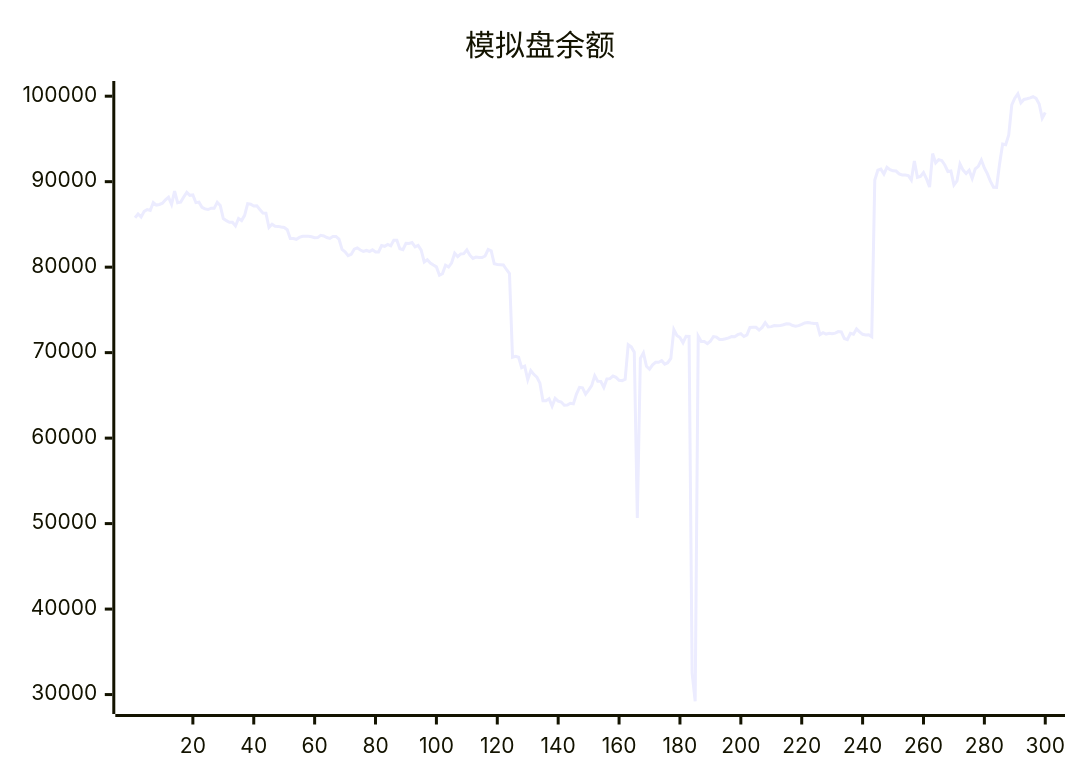
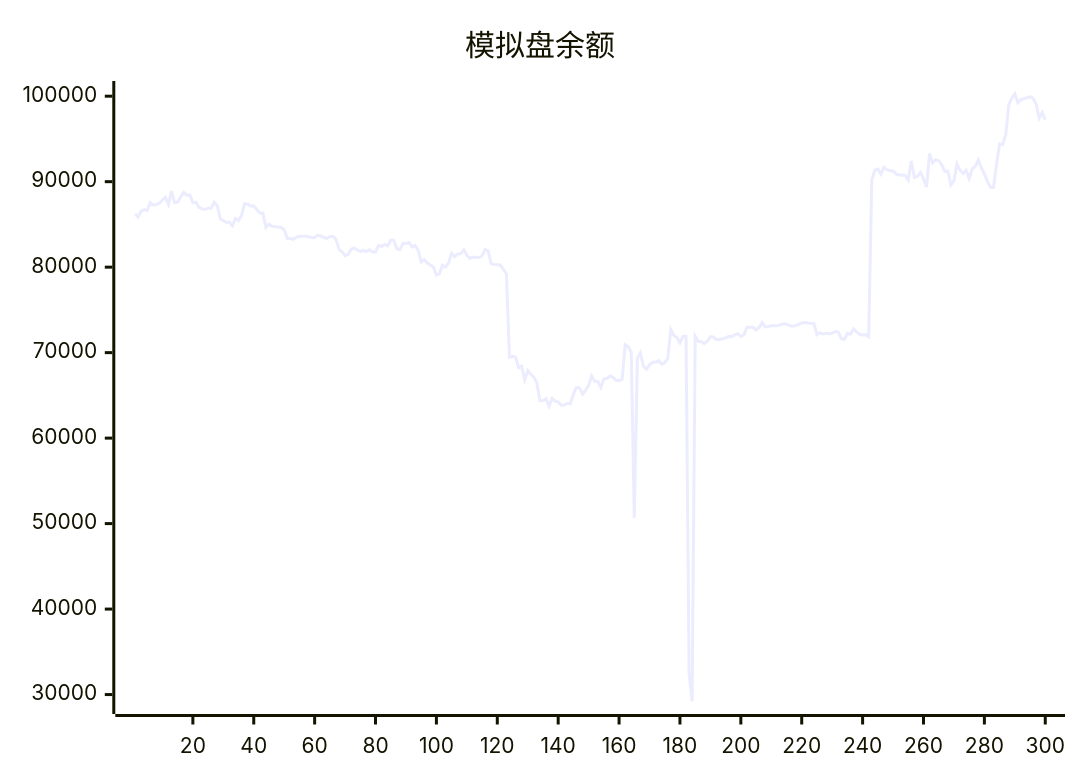
The diagram in README.md (aahl/ai-trading), drawn with Mermaid before and after one commit. The commit also changed other lines of this file and 1 other file, not shown here.

````diff
--- a/README.md
+++ b/README.md
@@ -5,5 +5,5 @@
 ```mermaid
 xychart
     title "模拟盘余额"
-    line [85787,86219,85859,86526,86740,86630,87563,87264,87335,87483,87886,88180,87335,88894,87544,87608,88207,88755,88401,88444,87543,87608,87000,86810,86740,86894,86884,87576,87209,85686,85435,85251,85255,84820,85689,85453,86066,87420,87373,87161,87178,86740,86341,86315,84643,85012,84772,84768,84690,84635,84376,83360,83357,83259,83474,83608,83606,83602,83548,83440,83454,83724,83644,83464,83365,83590,83592,83275,82072,81806,81344,81492,82109,82254,82006,81848,81955,81829,82022,81769,81776,82522,82441,82656,82498,83144,83144,82150,82038,82797,82763,82872,82367,82536,81981,80612,80862,80484,80242,80034,79063,79245,80226,80016,80507,81625,81233,81544,81578,82016,81401,81019,81186,81130,81118,81306,82066,81909,80392,80304,80291,80258,79729,79261,69466,69579,69456,68251,68415,66832,67911,67462,67144,66432,64380,64375,64606,63740,64647,64324,64216,63842,63877,64078,64008,65156,65945,65888,65157,65625,66144,67284,66653,66639,65924,66925,66956,67263,67108,66766,66729,66886,70927,70673,70049,50652,69334,69973,68400,68061,68578,68876,68879,69055,68662,68822,69329,72687,71999,71760,71162,71911,71896,32500,29218,71927,71297,71305,71044,71337,71883,71822,71536,71536,71622,71723,71880,71860,72100,72216,71887,72077,72940,72976,72966,72638,72948,73497,73004,73041,73173,73160,73186,73258,73375,73351,73173,73098,73161,73305,73474,73536,73457,73413,73412,72100,72333,72164,72272,72204,72285,72461,72421,71652,71521,72267,72157,72774,72424,72144,72060,72091,71858,90185,91338,91466,90900,91678,91404,91268,91244,90903,90779,90787,90721,90187,92429,90518,90619,91070,90328,89376,93286,92202,92581,92485,91947,91196,91259,89619,90086,92063,91355,90950,91327,90373,91498,91800,92531,91603,90910,90031,89351,89334,92097,94406,94315,95455,98972,99763,100286,99229,99622,99701,99805,99938,99738,99082,97430,98094]
+    line [86219,85859,86526,86740,86630,87563,87264,87335,87483,87886,88180,87335,88894,87544,87608,88207,88755,88401,88444,87543,87608,87000,86810,86740,86894,86884,87576,87209,85686,85435,85251,85255,84820,85689,85453,86066,87420,87373,87161,87178,86740,86341,86315,84643,85012,84772,84768,84690,84635,84376,83360,83357,83259,83474,83608,83606,83602,83548,83440,83454,83724,83644,83464,83365,83590,83592,83275,82072,81806,81344,81492,82109,82254,82006,81848,81955,81829,82022,81769,81776,82522,82441,82656,82498,83144,83144,82150,82038,82797,82763,82872,82367,82536,81981,80612,80862,80484,80242,80034,79063,79245,80226,80016,80507,81625,81233,81544,81578,82016,81401,81019,81186,81130,81118,81306,82066,81909,80392,80304,80291,80258,79729,79261,69466,69579,69456,68251,68415,66832,67911,67462,67144,66432,64380,64375,64606,63740,64647,64324,64216,63842,63877,64078,64008,65156,65945,65888,65157,65625,66144,67284,66653,66639,65924,66925,66956,67263,67108,66766,66729,66886,70927,70673,70049,50652,69334,69973,68400,68061,68578,68876,68879,69055,68662,68822,69329,72687,71999,71760,71162,71911,71896,32500,29218,71927,71297,71305,71044,71337,71883,71822,71536,71536,71622,71723,71880,71860,72100,72216,71887,72077,72940,72976,72966,72638,72948,73497,73004,73041,73173,73160,73186,73258,73375,73351,73173,73098,73161,73305,73474,73536,73457,73413,73412,72100,72333,72164,72272,72204,72285,72461,72421,71652,71521,72267,72157,72774,72424,72144,72060,72091,71858,90185,91338,91466,90900,91678,91404,91268,91244,90903,90779,90787,90721,90187,92429,90518,90619,91070,90328,89376,93286,92202,92581,92485,91947,91196,91259,89619,90086,92063,91355,90950,91327,90373,91498,91800,92531,91603,90910,90031,89351,89334,92097,94406,94315,95455,98972,99763,100286,99229,99622,99701,99805,99938,99738,99082,97430,98094,97267]
 ```
````
